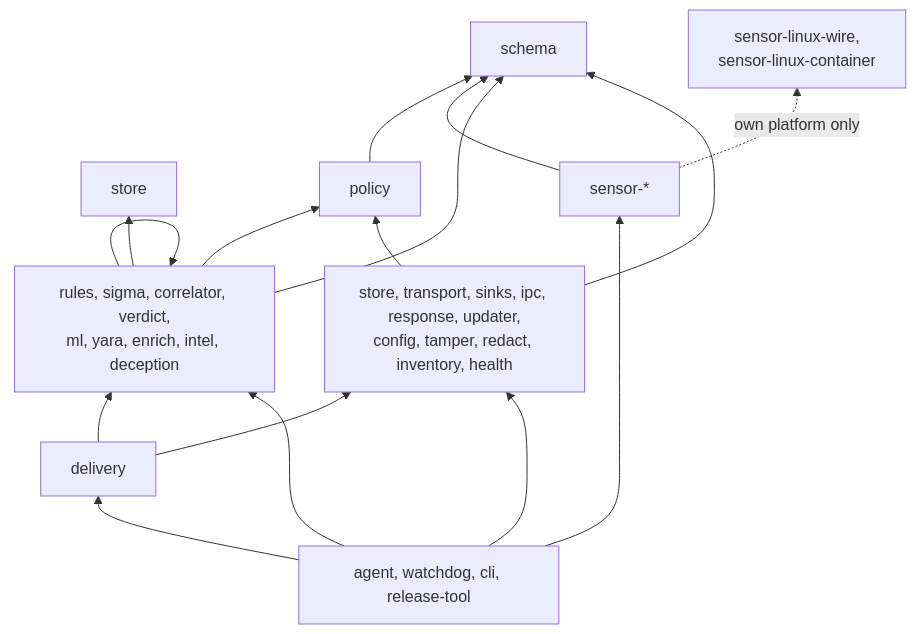
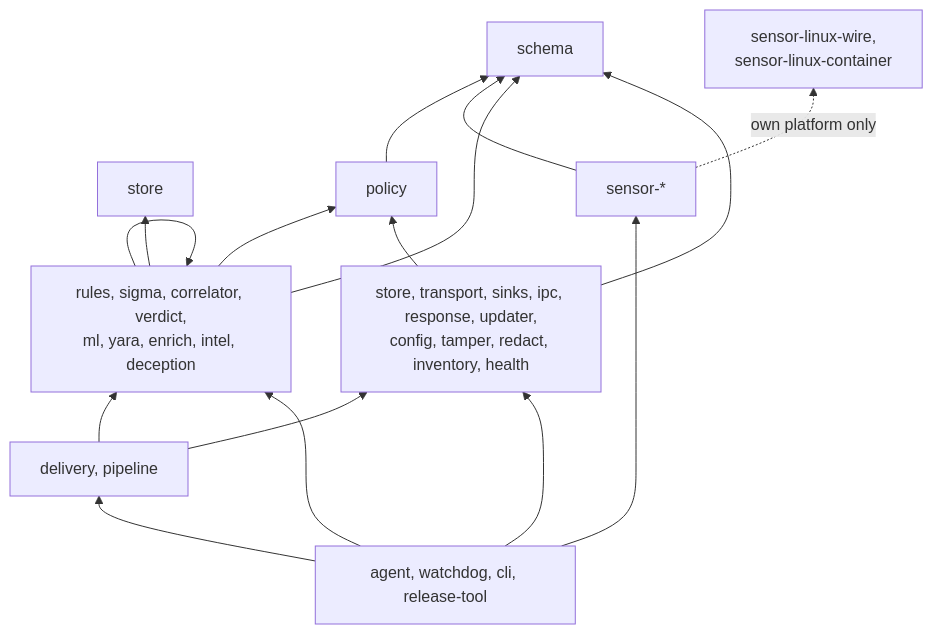
The second of 2 diagrams in docs/architecture.md (synthaea-lab/agent), drawn with Mermaid before and after one commit. The commit also changed other lines of this file and 57 other files, not shown here.

First line of the commit message:
refactor(pipeline): the detection sink leaves the binary for a composition crate (#405)

````diff
--- a/docs/architecture.md
+++ b/docs/architecture.md
@@ -60,13 +60,13 @@
 ```mermaid
 flowchart BT
   schema[schema]
   policy[policy] --> schema
   sensors["sensor-*"] --> schema
   sensors -.->|own platform only| wire["sensor-linux-wire,<br/>sensor-linux-container"]
   detection["rules, sigma, correlator, verdict,<br/>ml, yara, enrich, intel, deception"] --> schema & policy
   detection --> store[store]
   detection --> detection
   leaf["store, transport, sinks, ipc, response, updater,<br/>config, tamper, redact, inventory, health"] --> schema & policy
-  composition["delivery"] --> detection & leaf
+  composition["delivery, pipeline"] --> detection & leaf
   bins["agent, watchdog, cli, release-tool"] --> sensors & detection & leaf & composition
 ```
````
